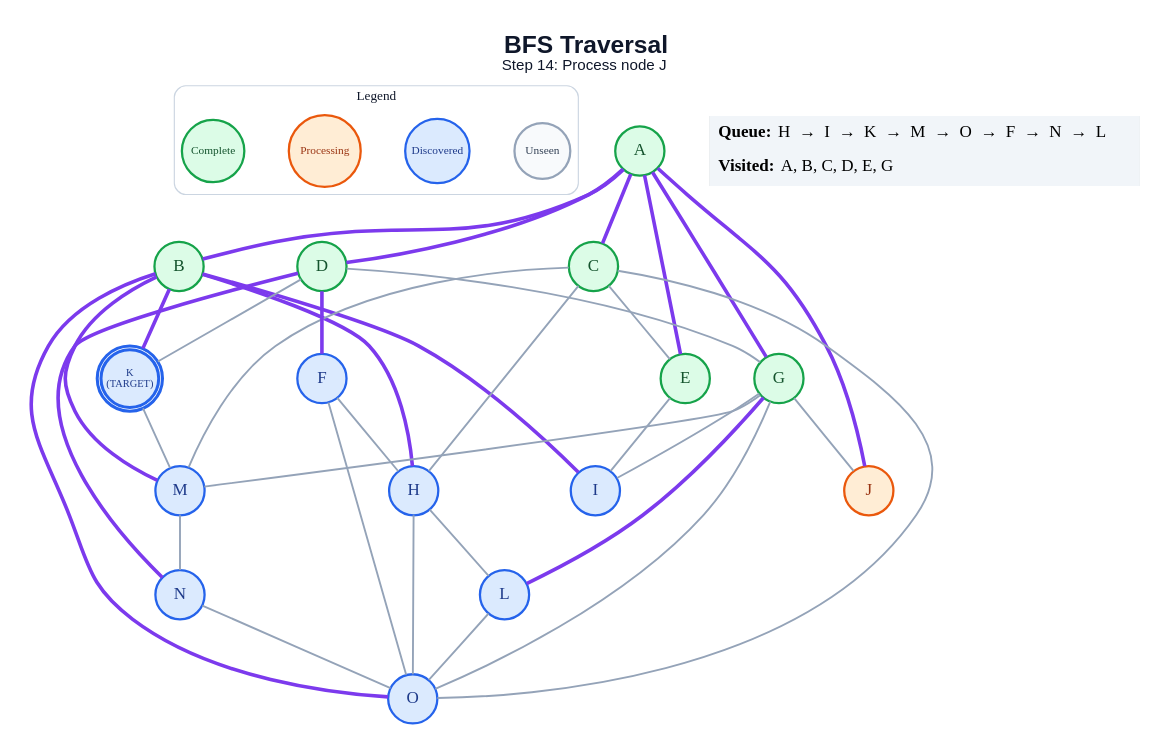
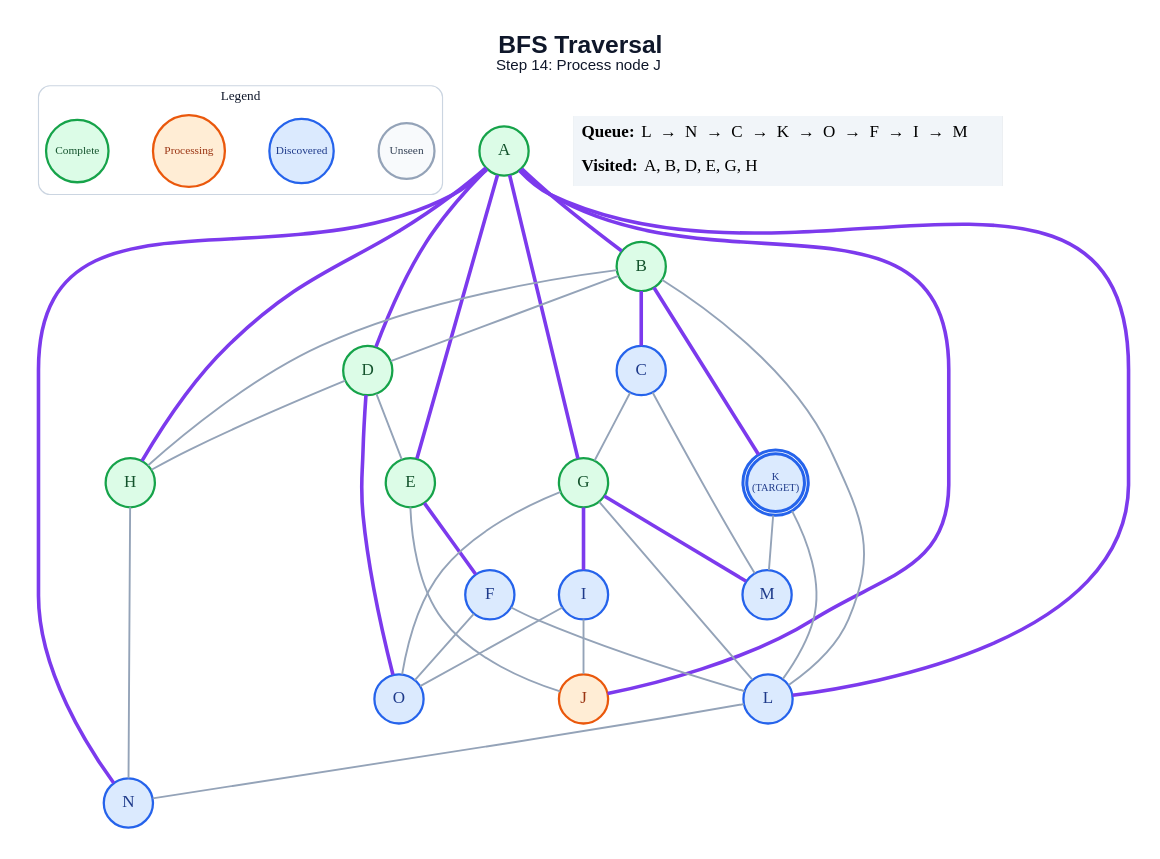
Before and after one commit to anon7238593-create/ai-slop: the diagram in generated/specific-node/bfs/step_14.dot, drawn with Graphviz. The commit also changed 197 other files, not shown here.

```diff
--- a/generated/specific-node/bfs/step_14.dot
+++ b/generated/specific-node/bfs/step_14.dot
@@ -1,67 +1,66 @@
 graph traversal {
   graph [layout=dot, rankdir=TB, bgcolor="#FFFFFF", pad="0.35", nodesep="0.65", ranksep="0.8", fontname="Arial"];
   node [shape=circle, style="filled", fontname="Arial Bold", fontsize=18, width=0.72, fixedsize=true, penwidth=2.4];
   edge [color="#94A3B8", penwidth=2.0];
   label=<<B>BFS Traversal</B><BR/><FONT POINT-SIZE="16">Step 14: Process node J</FONT>>; labelloc="t"; fontsize=26; fontname="Arial"; fontcolor="#0F172A";
   subgraph cluster_legend { label="Legend"; color="#CBD5E1"; penwidth=1.2; style="rounded"; fontsize=14; fontname="Arial Bold";
     key_unseen [label="Unseen", fillcolor="#F8FAFC", color="#94A3B8", fontcolor="#334155", fontsize=12, width=0.82];
     key_frontier [label="Discovered", fillcolor="#DBEAFE", color="#2563EB", fontcolor="#1E3A8A", fontsize=12, width=0.95];
     key_current [label="Processing", fillcolor="#FFEDD5", color="#EA580C", fontcolor="#9A3412", fontsize=12, width=1.05];
     key_done [label="Complete", fillcolor="#DCFCE7", color="#16A34A", fontcolor="#14532D", fontsize=12, width=0.92];
     { rank=same; key_unseen; key_frontier; key_current; key_done; }
   }
   A [label="A", fillcolor="#DCFCE7", color="#16A34A", fontcolor="#14532D", peripheries=1, penwidth=2.4];
   B [label="B", fillcolor="#DCFCE7", color="#16A34A", fontcolor="#14532D", peripheries=1, penwidth=2.4];
-  C [label="C", fillcolor="#DCFCE7", color="#16A34A", fontcolor="#14532D", peripheries=1, penwidth=2.4];
+  C [label="C", fillcolor="#DBEAFE", color="#2563EB", fontcolor="#1E3A8A", peripheries=1, penwidth=2.4];
   D [label="D", fillcolor="#DCFCE7", color="#16A34A", fontcolor="#14532D", peripheries=1, penwidth=2.4];
   E [label="E", fillcolor="#DCFCE7", color="#16A34A", fontcolor="#14532D", peripheries=1, penwidth=2.4];
   F [label="F", fillcolor="#DBEAFE", color="#2563EB", fontcolor="#1E3A8A", peripheries=1, penwidth=2.4];
   G [label="G", fillcolor="#DCFCE7", color="#16A34A", fontcolor="#14532D", peripheries=1, penwidth=2.4];
-  H [label="H", fillcolor="#DBEAFE", color="#2563EB", fontcolor="#1E3A8A", peripheries=1, penwidth=2.4];
+  H [label="H", fillcolor="#DCFCE7", color="#16A34A", fontcolor="#14532D", peripheries=1, penwidth=2.4];
   I [label="I", fillcolor="#DBEAFE", color="#2563EB", fontcolor="#1E3A8A", peripheries=1, penwidth=2.4];
   J [label="J", fillcolor="#FFEDD5", color="#EA580C", fontcolor="#9A3412", peripheries=1, penwidth=2.4];
   K [label="K\n(TARGET)", fillcolor="#DBEAFE", color="#2563EB", fontcolor="#1E3A8A", peripheries=2, penwidth=3.2, fontsize=11, width=0.85, height=0.85];
   L [label="L", fillcolor="#DBEAFE", color="#2563EB", fontcolor="#1E3A8A", peripheries=1, penwidth=2.4];
   M [label="M", fillcolor="#DBEAFE", color="#2563EB", fontcolor="#1E3A8A", peripheries=1, penwidth=2.4];
   N [label="N", fillcolor="#DBEAFE", color="#2563EB", fontcolor="#1E3A8A", peripheries=1, penwidth=2.4];
   O [label="O", fillcolor="#DBEAFE", color="#2563EB", fontcolor="#1E3A8A", peripheries=1, penwidth=2.4];
   A -- B [color="#7C3AED", penwidth=3.8];
-  A -- C [color="#7C3AED", penwidth=3.8];
   A -- D [color="#7C3AED", penwidth=3.8];
   A -- E [color="#7C3AED", penwidth=3.8];
   A -- G [color="#7C3AED", penwidth=3.8];
+  A -- H [color="#7C3AED", penwidth=3.8];
   A -- J [color="#7C3AED", penwidth=3.8];
-  B -- H [color="#7C3AED", penwidth=3.8];
-  B -- I [color="#7C3AED", penwidth=3.8];
+  A -- L [color="#7C3AED", penwidth=3.8];
+  A -- N [color="#7C3AED", penwidth=3.8];
+  B -- C [color="#7C3AED", penwidth=3.8];
+  B -- D;
+  B -- H;
   B -- K [color="#7C3AED", penwidth=3.8];
-  B -- M [color="#7C3AED", penwidth=3.8];
-  B -- O [color="#7C3AED", penwidth=3.8];
-  C -- E;
-  C -- H;
+  B -- L;
+  C -- G;
   C -- M;
-  C -- O;
-  D -- F [color="#7C3AED", penwidth=3.8];
-  D -- G;
-  D -- K;
-  D -- N [color="#7C3AED", penwidth=3.8];
-  E -- I;
-  F -- H;
+  D -- E;
+  D -- H;
+  D -- O [color="#7C3AED", penwidth=3.8];
+  E -- F [color="#7C3AED", penwidth=3.8];
+  E -- J;
+  F -- L;
   F -- O;
-  G -- I;
-  G -- J;
-  G -- L [color="#7C3AED", penwidth=3.8];
-  G -- M;
+  G -- I [color="#7C3AED", penwidth=3.8];
+  G -- L;
+  G -- M [color="#7C3AED", penwidth=3.8];
   G -- O;
-  H -- L;
-  H -- O;
+  H -- N;
+  I -- J;
+  I -- O;
+  K -- L;
   K -- M;
-  L -- O;
-  M -- N;
-  N -- O;
+  L -- N;
   status [shape=plain, fixedsize=false, width=0, height=0, margin=0, label=<
     <TABLE BORDER="0" CELLBORDER="0" CELLPADDING="7" BGCOLOR="#F1F5F9">
-      <TR><TD ALIGN="LEFT"><B>Queue:</B> H  →  I  →  K  →  M  →  O  →  F  →  N  →  L</TD></TR>
-      <TR><TD ALIGN="LEFT"><B>Visited:</B> A, B, C, D, E, G</TD></TR>
+      <TR><TD ALIGN="LEFT"><B>Queue:</B> L  →  N  →  C  →  K  →  O  →  F  →  I  →  M</TD></TR>
+      <TR><TD ALIGN="LEFT"><B>Visited:</B> A, B, D, E, G, H</TD></TR>
     </TABLE>
   >];
 }
```
